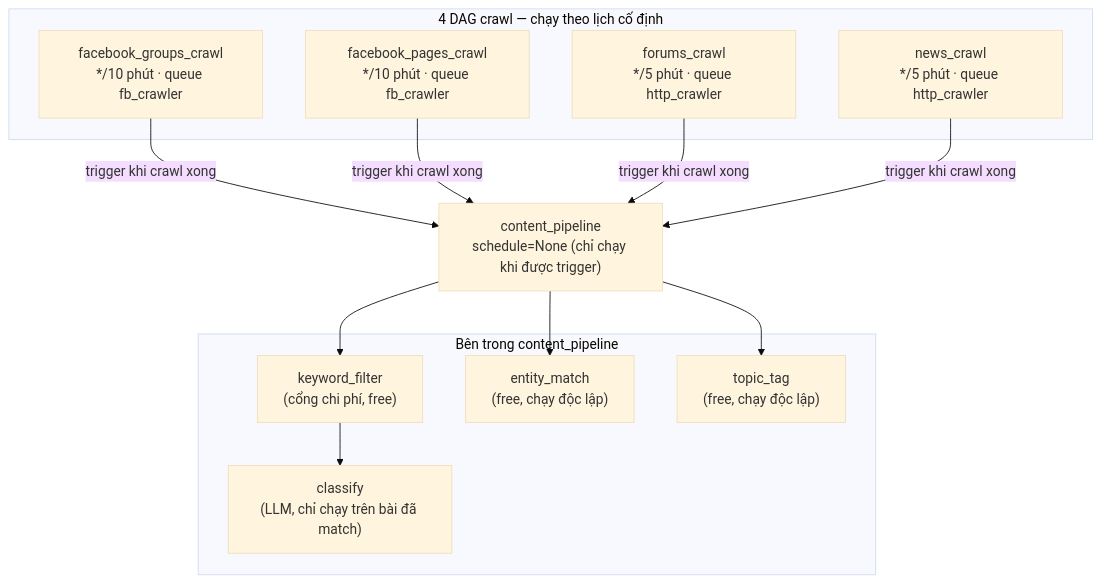
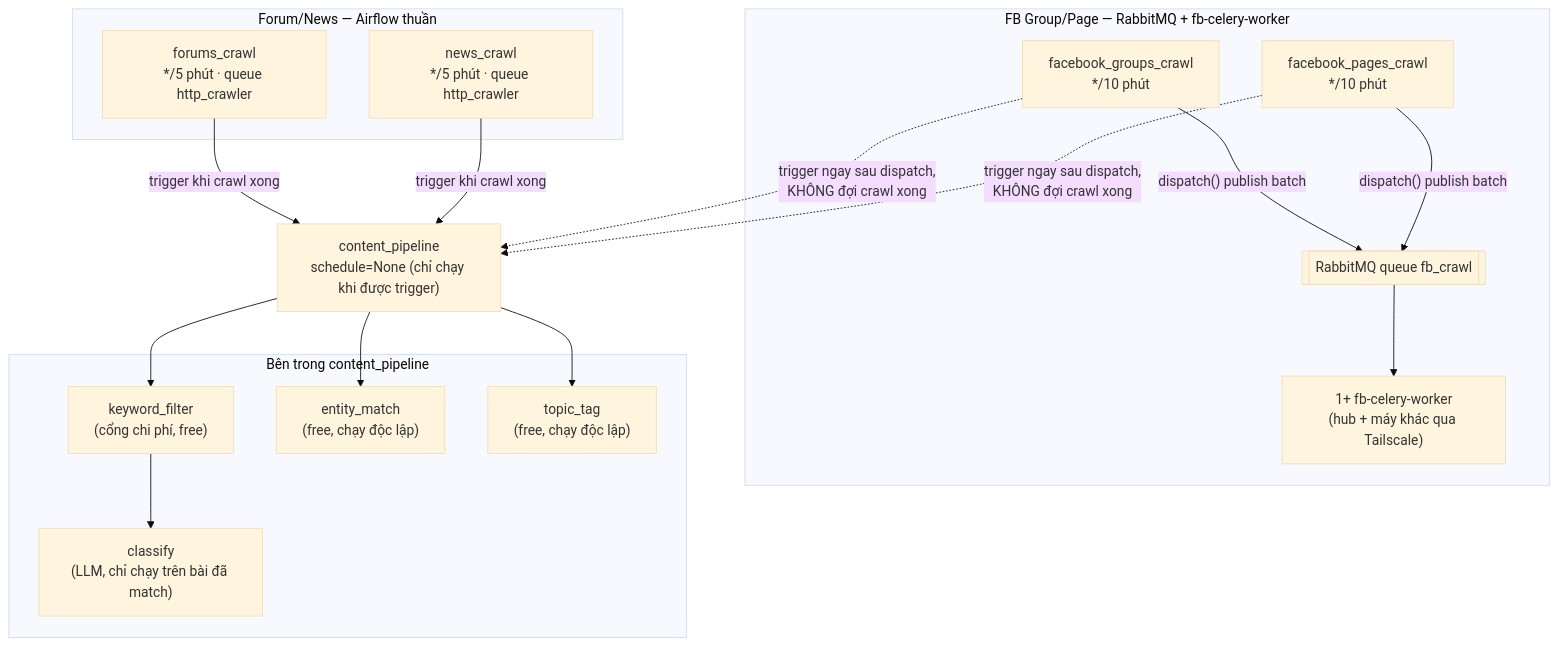
Before and after one commit to ctkai01/clawler_platform: the first of 4 diagrams in docs/dag-flow.md, drawn with Mermaid (base theme). The commit also changed other lines of this file, not shown here.

First line of the commit message:
Rewrite dag-flow.md to match the RabbitMQ/AccountPool architecture

````diff
--- a/docs/dag-flow.md
+++ b/docs/dag-flow.md
@@ -5,28 +9,36 @@
 ```mermaid
 flowchart TD
-    subgraph Crawl["4 DAG crawl — chạy theo lịch cố định"]
-        FBG["facebook_groups_crawl<br/>*/10 phút · queue fb_crawler"]
-        FBP["facebook_pages_crawl<br/>*/10 phút · queue fb_crawler"]
+    subgraph FB["FB Group/Page — RabbitMQ + fb-celery-worker"]
+        FBG["facebook_groups_crawl<br/>*/10 phút"]
+        FBP["facebook_pages_crawl<br/>*/10 phút"]
+        MQ[["RabbitMQ queue fb_crawl"]]
+        W["1+ fb-celery-worker<br/>(hub + máy khác qua Tailscale)"]
+        FBG -- "dispatch() publish batch" --> MQ
+        FBP -- "dispatch() publish batch" --> MQ
+        MQ --> W
+    end
+
+    subgraph HTTP["Forum/News — Airflow thuần"]
         FORUM["forums_crawl<br/>*/5 phút · queue http_crawler"]
         NEWS["news_crawl<br/>*/5 phút · queue http_crawler"]
     end
 
     CP["content_pipeline<br/>schedule=None (chỉ chạy khi được trigger)"]
 
-    FBG -- "trigger khi crawl xong" --> CP
-    FBP -- "trigger khi crawl xong" --> CP
+    FBG -. "trigger ngay sau dispatch,<br/>KHÔNG đợi crawl xong" .-> CP
+    FBP -. "trigger ngay sau dispatch,<br/>KHÔNG đợi crawl xong" .-> CP
     FORUM -- "trigger khi crawl xong" --> CP
     NEWS -- "trigger khi crawl xong" --> CP
 
     subgraph Pipeline["Bên trong content_pipeline"]
         KF["keyword_filter<br/>(cổng chi phí, free)"]
         CL["classify<br/>(LLM, chỉ chạy trên bài đã match)"]
         EM["entity_match<br/>(free, chạy độc lập)"]
         TT["topic_tag<br/>(free, chạy độc lập)"]
         KF --> CL
     end
 
     CP --> KF
     CP --> EM
     CP --> TT
 ```
````
